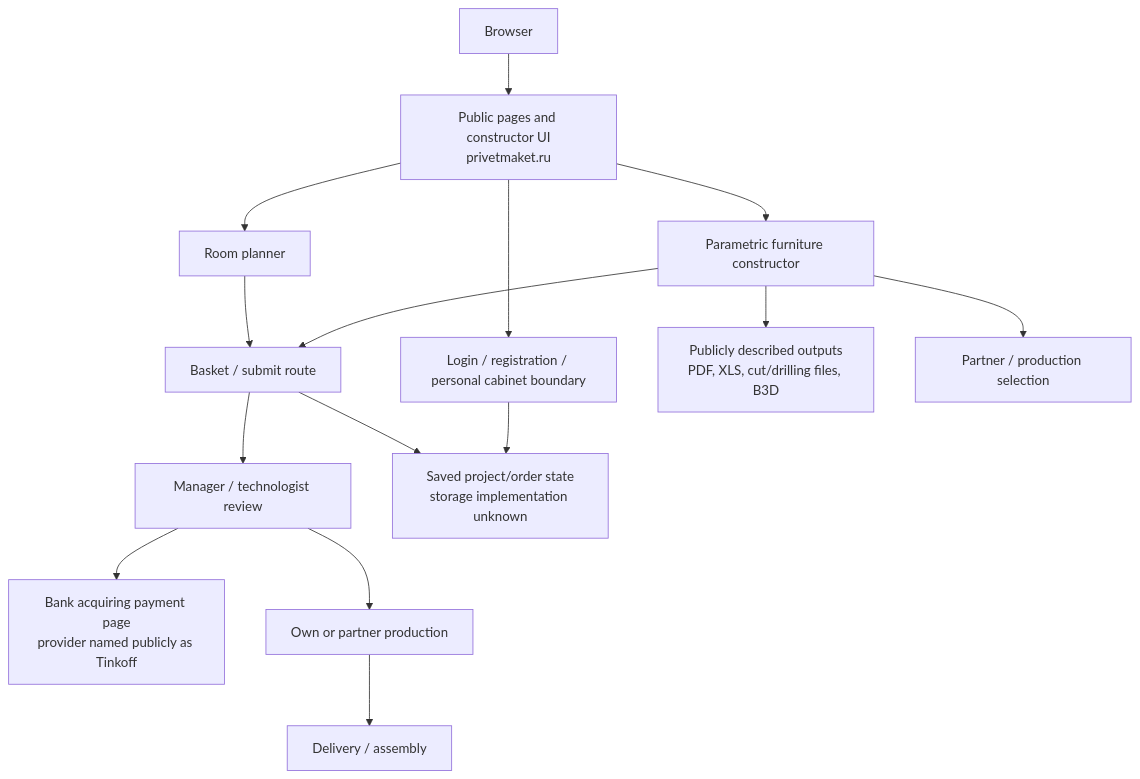
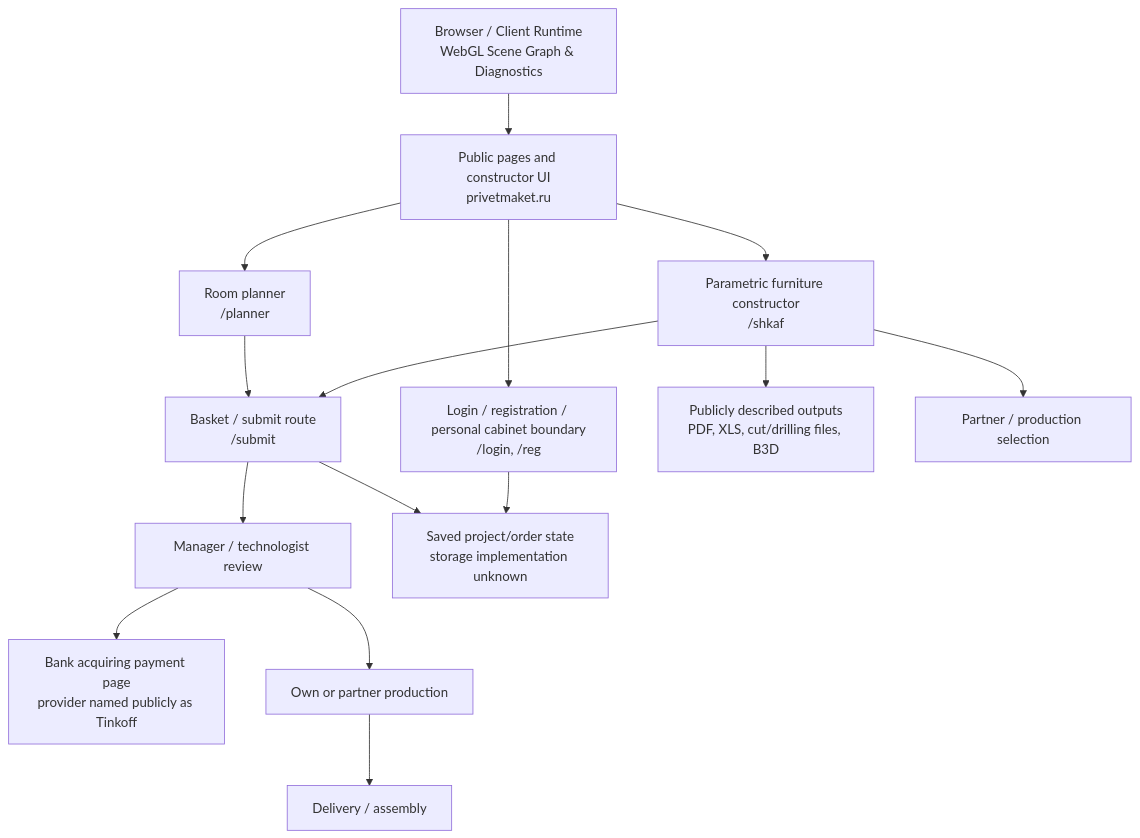
The first of 2 diagrams in experiments/privetmaket-backend-recon/ARCHITECTURE.md (Murkin1980/murat-project-engineer), drawn with Mermaid before and after one commit. The commit also changed other lines of this file and 11 other files, not shown here.

````diff
--- a/experiments/privetmaket-backend-recon/ARCHITECTURE.md
+++ b/experiments/privetmaket-backend-recon/ARCHITECTURE.md
@@ -8,17 +9,17 @@
 ```mermaid
 graph TD
-    Browser[Browser] --> PublicFrontend[Public pages and constructor UI<br/>privetmaket.ru]
-    PublicFrontend --> Constructor[Parametric furniture constructor]
-    PublicFrontend --> Planner[Room planner]
-    PublicFrontend --> Auth[Login / registration / personal cabinet boundary]
-    Constructor --> Basket[Basket / submit route]
+    Browser[Browser / Client Runtime<br/>WebGL Scene Graph & Diagnostics] --> PublicFrontend[Public pages and constructor UI<br/>privetmaket.ru]
+    PublicFrontend --> Constructor[Parametric furniture constructor<br/>/shkaf]
+    PublicFrontend --> Planner[Room planner<br/>/planner]
+    PublicFrontend --> Auth[Login / registration / personal cabinet boundary<br/>/login, /reg]
+    Constructor --> Basket[Basket / submit route<br/>/submit]
     Planner --> Basket
     Basket --> Review[Manager / technologist review]
     Review --> Bank[Bank acquiring payment page<br/>provider named publicly as Tinkoff]
     Review --> Production[Own or partner production]
     Production --> Delivery[Delivery / assembly]
     Constructor --> Exports[Publicly described outputs<br/>PDF, XLS, cut/drilling files, B3D]
     Constructor --> PartnerNetwork[Partner / production selection]
     Auth --> ProjectState[Saved project/order state<br/>storage implementation unknown]
     Basket --> ProjectState
 ```
````
